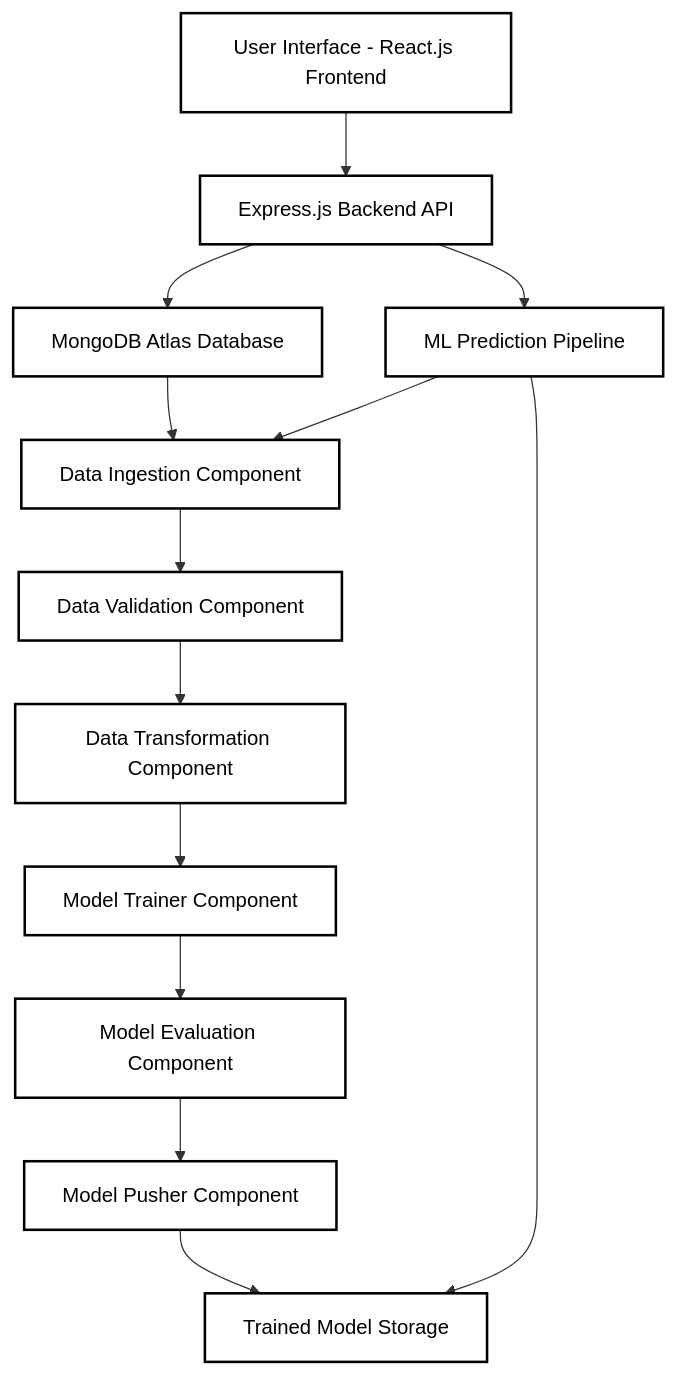
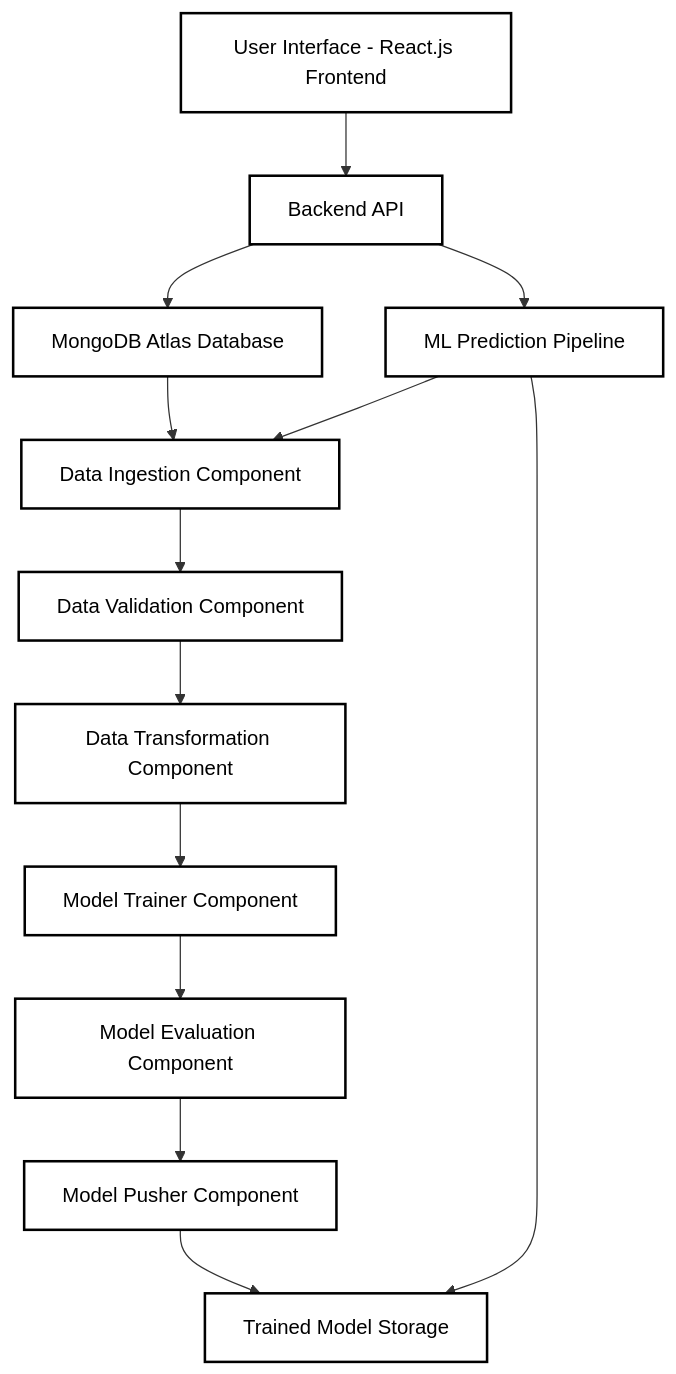
One commit to karangupta982/InsureFlow changed the diagram in README.md. Above: the diagram before and after it, drawn with Mermaid. The commit also changed other lines of this file, not shown here.

````diff
--- a/README.md
+++ b/README.md
@@ -47,17 +47,17 @@
 ```mermaid
 flowchart TD
-    A[User Interface - React.js Frontend] --> B[Express.js Backend API]
+    A[User Interface - React.js Frontend] --> B[Backend API]
     B --> C[MongoDB Atlas Database]
     B --> D[ML Prediction Pipeline]
     D --> E[Data Ingestion Component]
     E --> F[Data Validation Component]
     F --> G[Data Transformation Component]
     G --> H[Model Trainer Component]
     H --> I[Model Evaluation Component]
     I --> J[Model Pusher Component]
     J --> K[Trained Model Storage]
     D --> K
     C --> E
 
     classDef default fill:#ffffff,stroke:#000000,stroke-width:2px,color:#000000;
 ```
````
